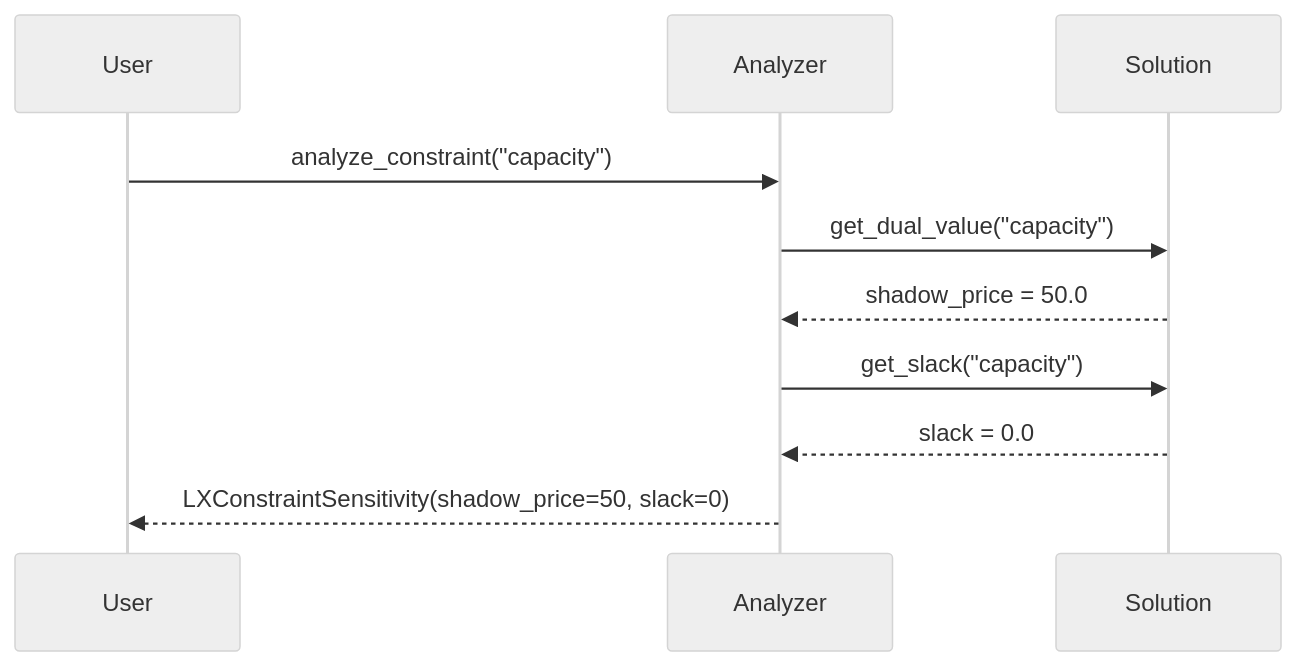
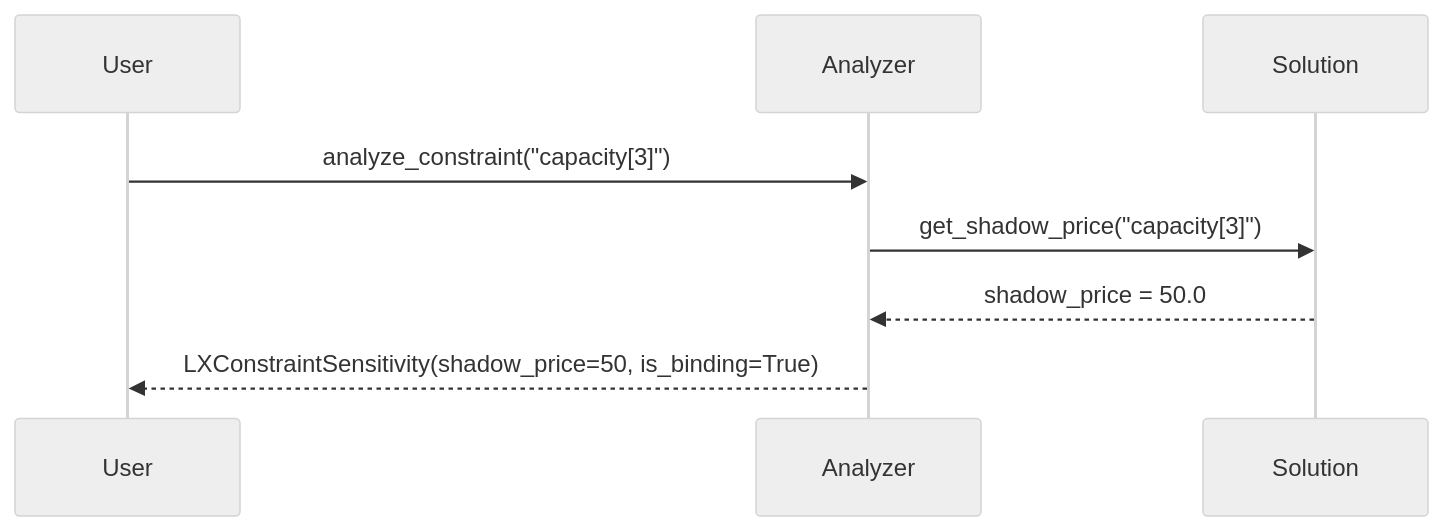
Before and after one commit to tdelphi1981/LumiX: the second of 4 diagrams in docs/source/development/analysis-architecture.rst, drawn with Mermaid (neutral theme). The commit also changed other lines of this file and 27 other files, not shown here.

```diff
--- a/docs/source/development/analysis-architecture.rst
+++ b/docs/source/development/analysis-architecture.rst
@@ -156,13 +199,11 @@
 .. mermaid::
 
    sequenceDiagram
        participant User
        participant Analyzer
        participant Solution
 
-       User->>Analyzer: analyze_constraint("capacity")
-       Analyzer->>Solution: get_dual_value("capacity")
+       User->>Analyzer: analyze_constraint("capacity[3]")
+       Analyzer->>Solution: get_shadow_price("capacity[3]")
        Solution-->>Analyzer: shadow_price = 50.0
-       Analyzer->>Solution: get_slack("capacity")
-       Solution-->>Analyzer: slack = 0.0
-       Analyzer-->>User: LXConstraintSensitivity(shadow_price=50, slack=0)
+       Analyzer-->>User: LXConstraintSensitivity(shadow_price=50, is_binding=True)
```
